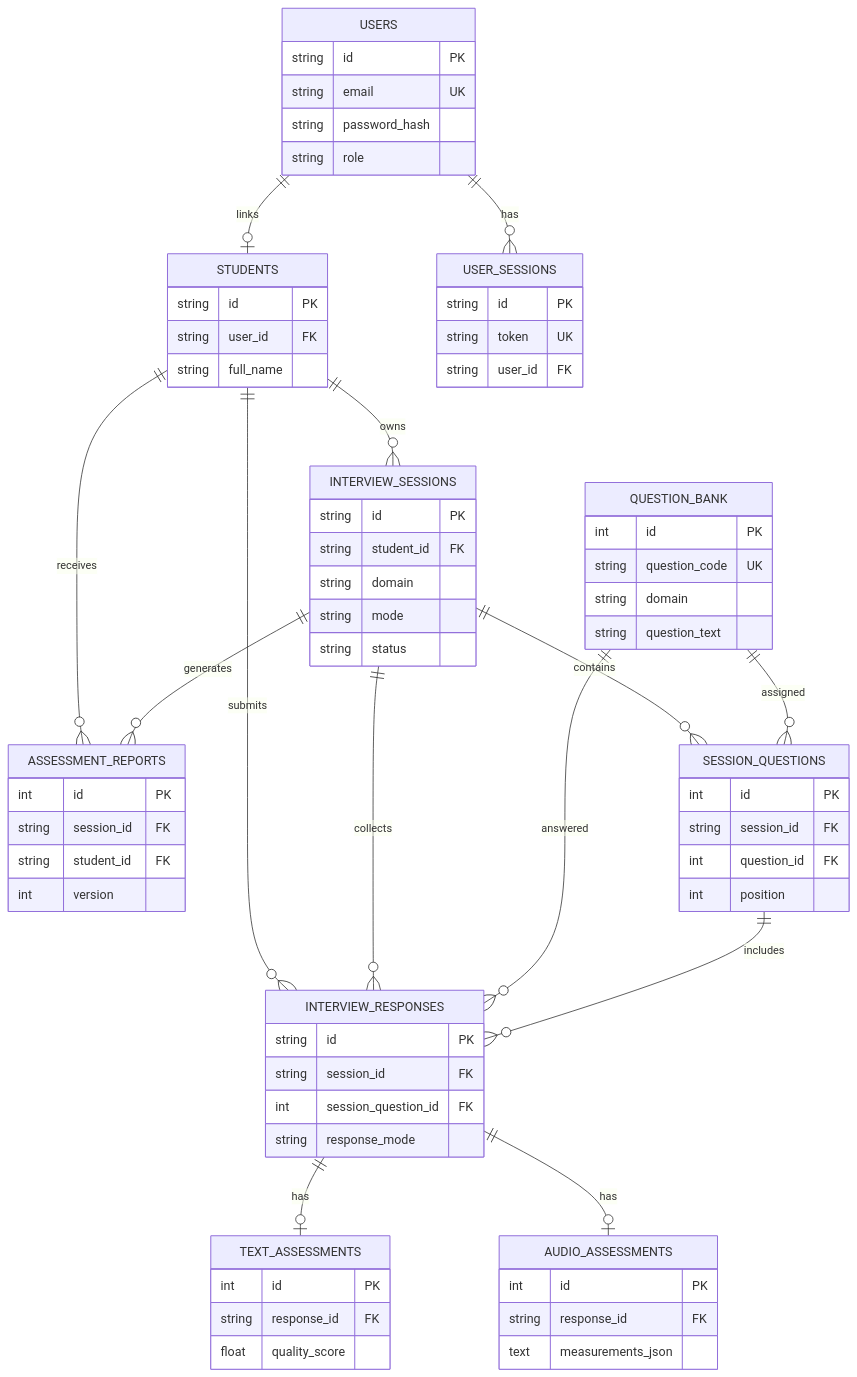
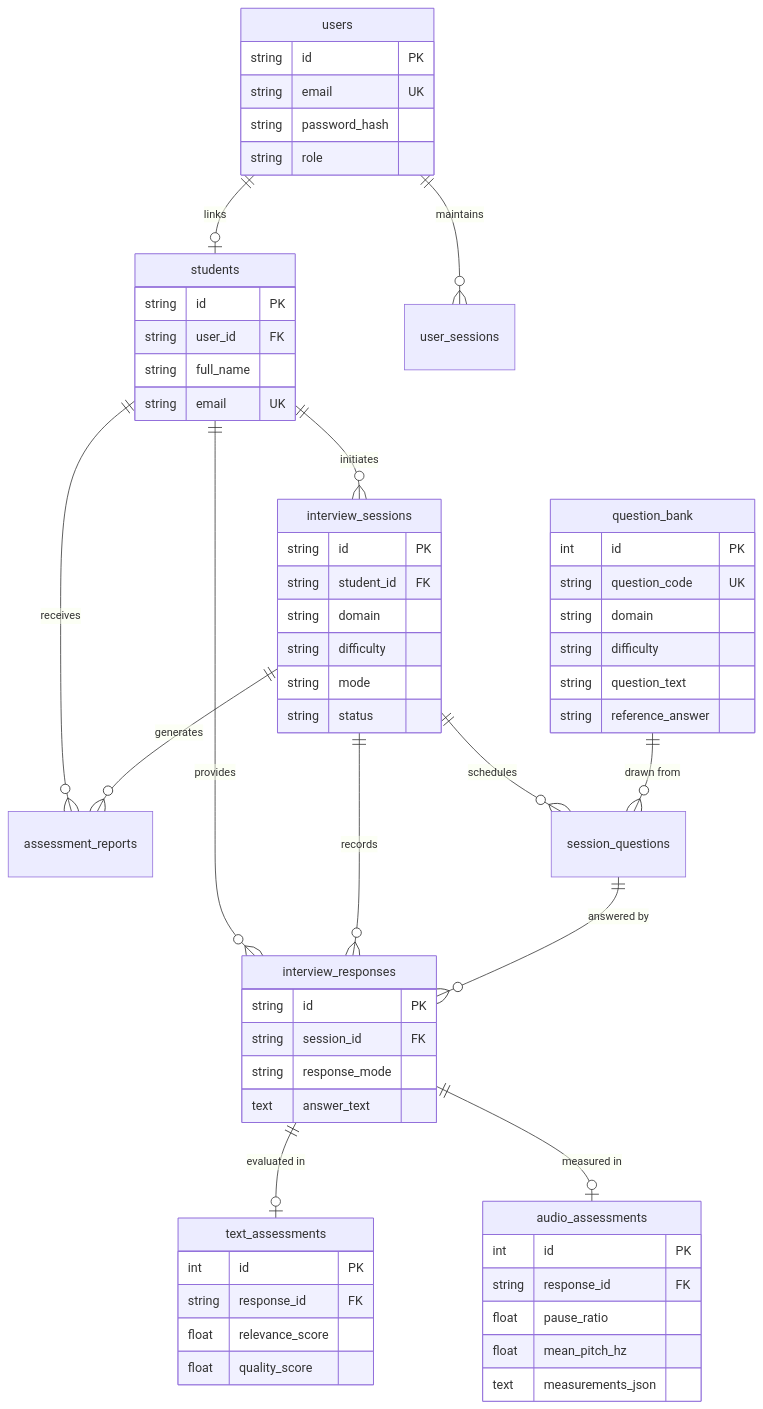
The second of 2 diagrams in README.md (ARYANKUMAR210107/Multimodal-Mock-Interview), drawn with Mermaid before and after one commit. The commit also changed other lines of this file and 17 other files, not shown here.

````diff
--- a/README.md
+++ b/README.md
@@ -244,54 +222,63 @@
 ```mermaid
 erDiagram
-    USERS ||--o| STUDENTS : links
-    USERS ||--o{ USER_SESSIONS : has
-    STUDENTS ||--o{ INTERVIEW_SESSIONS : owns
-    STUDENTS ||--o{ INTERVIEW_RESPONSES : submits
-    STUDENTS ||--o{ ASSESSMENT_REPORTS : receives
-    INTERVIEW_SESSIONS ||--o{ SESSION_QUESTIONS : contains
-    INTERVIEW_SESSIONS ||--o{ INTERVIEW_RESPONSES : collects
-    INTERVIEW_SESSIONS ||--o{ ASSESSMENT_REPORTS : generates
-    QUESTION_BANK ||--o{ SESSION_QUESTIONS : assigned
-    QUESTION_BANK ||--o{ INTERVIEW_RESPONSES : answered
-    SESSION_QUESTIONS ||--o{ INTERVIEW_RESPONSES : includes
-    INTERVIEW_RESPONSES ||--o| TEXT_ASSESSMENTS : has
-    INTERVIEW_RESPONSES ||--o| AUDIO_ASSESSMENTS : has
+    users ||--o| students : "links"
+    users ||--o{ user_sessions : "maintains"
+    students ||--o{ interview_sessions : "initiates"
+    students ||--o{ interview_responses : "provides"
+    students ||--o{ assessment_reports : "receives"
+    interview_sessions ||--o{ session_questions : "schedules"
+    interview_sessions ||--o{ interview_responses : "records"
+    interview_sessions ||--o{ assessment_reports : "generates"
+    question_bank ||--o{ session_questions : "drawn from"
+    session_questions ||--o{ interview_responses : "answered by"
+    interview_responses ||--o| text_assessments : "evaluated in"
+    interview_responses ||--o| audio_assessments : "measured in"
 
-    USERS { string id PK
-            string email UK
-            string password_hash
-            string role }
-    USER_SESSIONS { string id PK
-                    string token UK
-                    string user_id FK }
-    STUDENTS { string id PK
-               string user_id FK
-               string full_name }
-    QUESTION_BANK { int id PK
-                    string question_code UK
-                    string domain
-                    string question_text }
-    INTERVIEW_SESSIONS { string id PK
-                         string student_id FK
-                         string domain
-                         string mode
-                         string status }
-    SESSION_QUESTIONS { int id PK
-                        string session_id FK
-                        int question_id FK
-                        int position }
-    INTERVIEW_RESPONSES { string id PK
-                          string session_id FK
-                          int session_question_id FK
-                          string response_mode }
-    TEXT_ASSESSMENTS { int id PK
-                       string response_id FK
-                       float quality_score }
-    AUDIO_ASSESSMENTS { int id PK
-                        string response_id FK
-                        text measurements_json }
-    ASSESSMENT_REPORTS { int id PK
-                         string session_id FK
-                         string student_id FK
-                         int version }
+    users {
+        string id PK
+        string email UK
+        string password_hash
+        string role
+    }
+    students {
+        string id PK
+        string user_id FK
+        string full_name
+        string email UK
+    }
+    question_bank {
+        int id PK
+        string question_code UK
+        string domain
+        string difficulty
+        string question_text
+        string reference_answer
+    }
+    interview_sessions {
+        string id PK
+        string student_id FK
+        string domain
+        string difficulty
+        string mode
+        string status
+    }
+    interview_responses {
+        string id PK
+        string session_id FK
+        string response_mode
+        text answer_text
+    }
+    text_assessments {
+        int id PK
+        string response_id FK
+        float relevance_score
+        float quality_score
+    }
+    audio_assessments {
+        int id PK
+        string response_id FK
+        float pause_ratio
+        float mean_pitch_hz
+        text measurements_json
+    }
 ```
````
